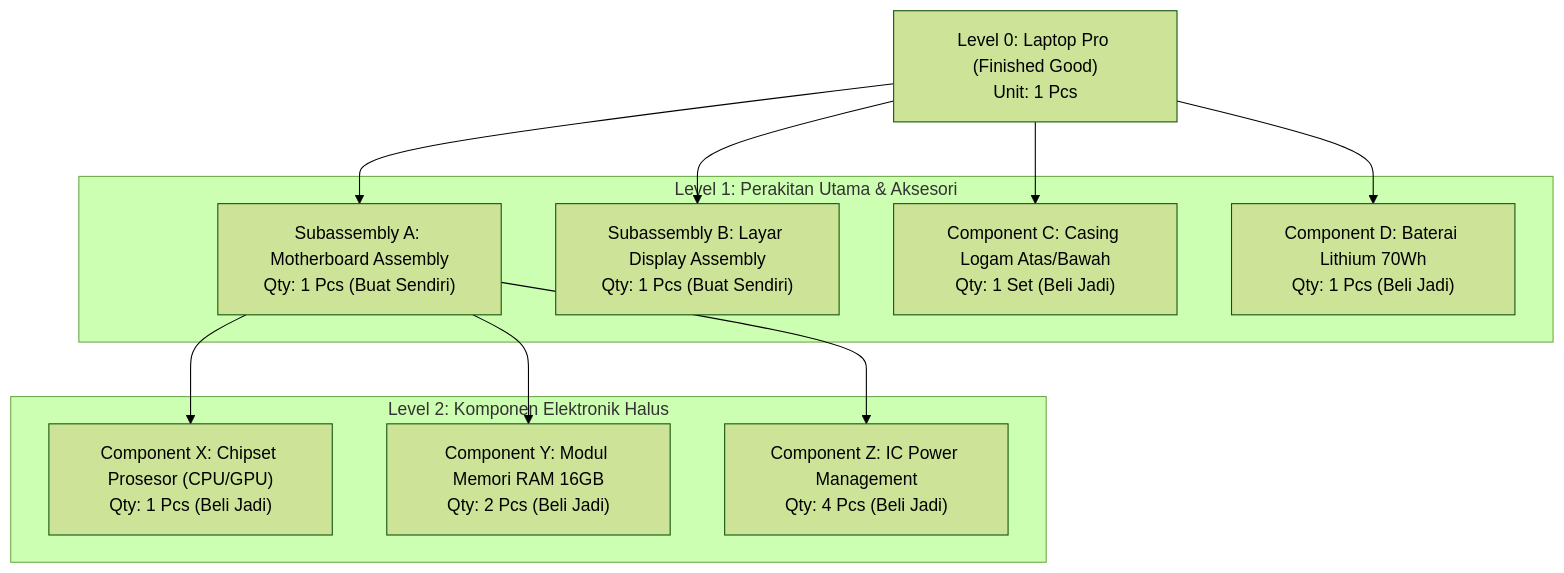
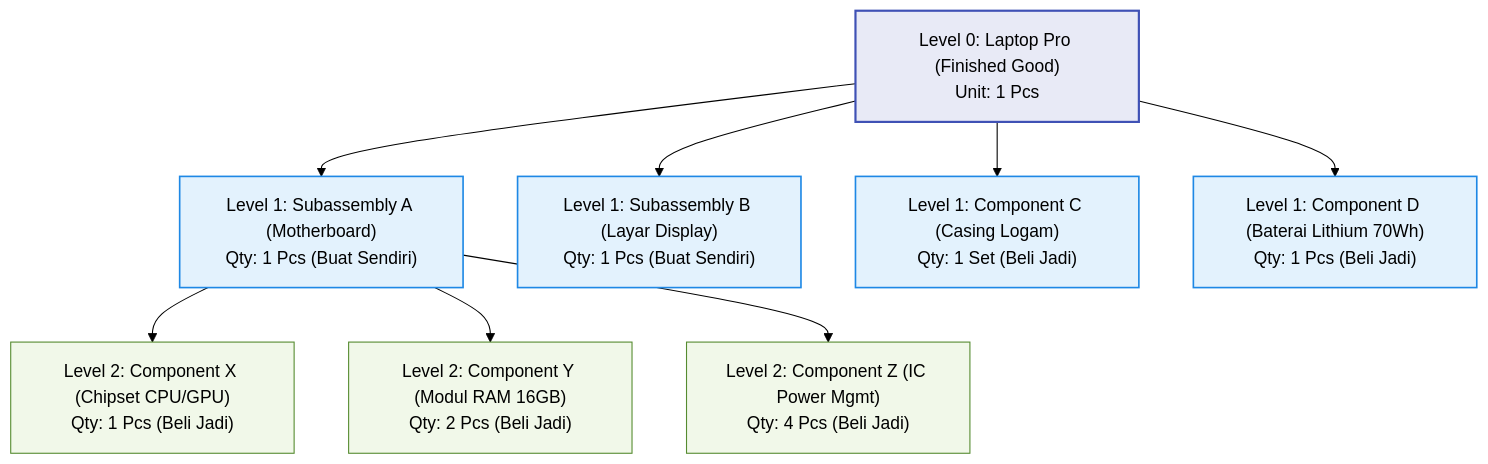
One commit to alimurrofid/erp-notes changed the first of 2 diagrams in content/06-manufacturing/product-structure-and-bom.md. Above: the diagram before and after it, drawn with Mermaid (forest theme). The commit also changed 58 other files, not shown here.

Commit message:
fix(content):Mermaid Subgraph

````diff
--- a/content/06-manufacturing/product-structure-and-bom.md
+++ b/content/06-manufacturing/product-structure-and-bom.md
@@ -27,26 +27,30 @@
 ```mermaid
 flowchart TD
     FG["Level 0: Laptop Pro (Finished Good)<br/>Unit: 1 Pcs"]
     
-    subgraph Level1["Level 1: Perakitan Utama & Aksesori"]
-        SA1["Subassembly A: Motherboard Assembly<br/>Qty: 1 Pcs (Buat Sendiri)"]
-        SA2["Subassembly B: Layar Display Assembly<br/>Qty: 1 Pcs (Buat Sendiri)"]
-        PartC["Component C: Casing Logam Atas/Bawah<br/>Qty: 1 Set (Beli Jadi)"]
-        PartD["Component D: Baterai Lithium 70Wh<br/>Qty: 1 Pcs (Beli Jadi)"]
-    end
+    SA1["Level 1: Subassembly A (Motherboard)<br/>Qty: 1 Pcs (Buat Sendiri)"]
+    SA2["Level 1: Subassembly B (Layar Display)<br/>Qty: 1 Pcs (Buat Sendiri)"]
+    PartC["Level 1: Component C (Casing Logam)<br/>Qty: 1 Set (Beli Jadi)"]
+    PartD["Level 1: Component D (Baterai Lithium 70Wh)<br/>Qty: 1 Pcs (Beli Jadi)"]
     
-    subgraph Level2["Level 2: Komponen Elektronik Halus"]
-        PartX["Component X: Chipset Prosesor (CPU/GPU)<br/>Qty: 1 Pcs (Beli Jadi)"]
-        PartY["Component Y: Modul Memori RAM 16GB<br/>Qty: 2 Pcs (Beli Jadi)"]
-        PartZ["Component Z: IC Power Management<br/>Qty: 4 Pcs (Beli Jadi)"]
-    end
+    PartX["Level 2: Component X (Chipset CPU/GPU)<br/>Qty: 1 Pcs (Beli Jadi)"]
+    PartY["Level 2: Component Y (Modul RAM 16GB)<br/>Qty: 2 Pcs (Beli Jadi)"]
+    PartZ["Level 2: Component Z (IC Power Mgmt)<br/>Qty: 4 Pcs (Beli Jadi)"]
     
     FG --> SA1
     FG --> SA2
     FG --> PartC
     FG --> PartD
     
     SA1 --> PartX
     SA1 --> PartY
     SA1 --> PartZ
+
+    classDef level0 fill:#e8eaf6,stroke:#3f51b5,stroke-width:2px;
+    classDef level1 fill:#e3f2fd,stroke:#1e88e5,stroke-width:1.5px;
+    classDef level2 fill:#f1f8e9,stroke:#558b2f,stroke-width:1px;
+
+    class FG level0;
+    class SA1,SA2,PartC,PartD level1;
+    class PartX,PartY,PartZ level2;
 ```
````
